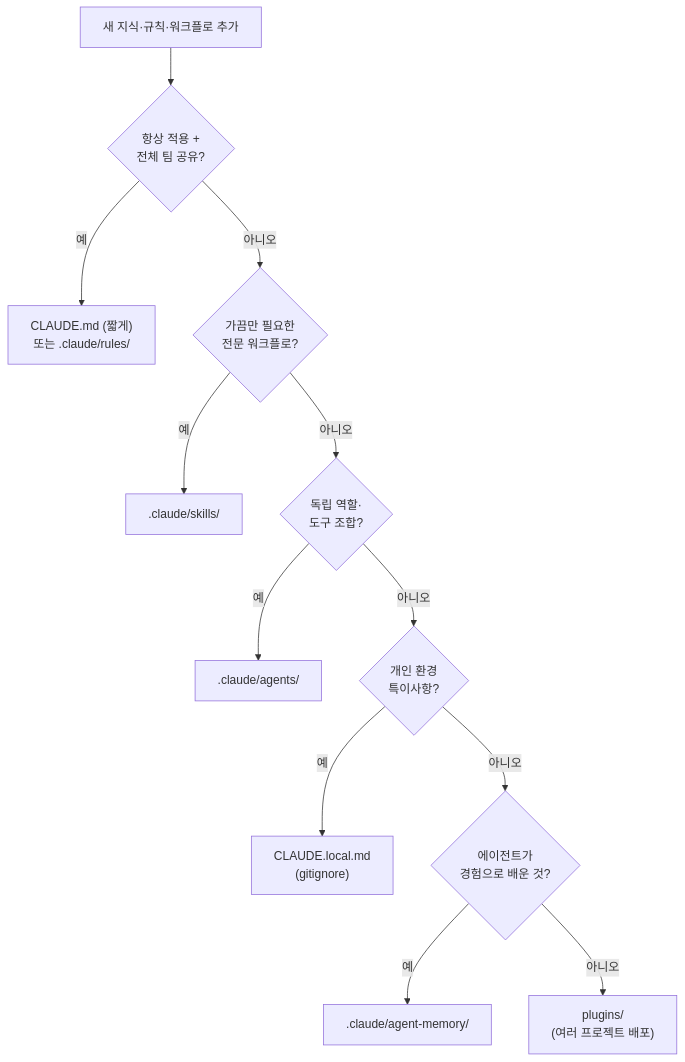
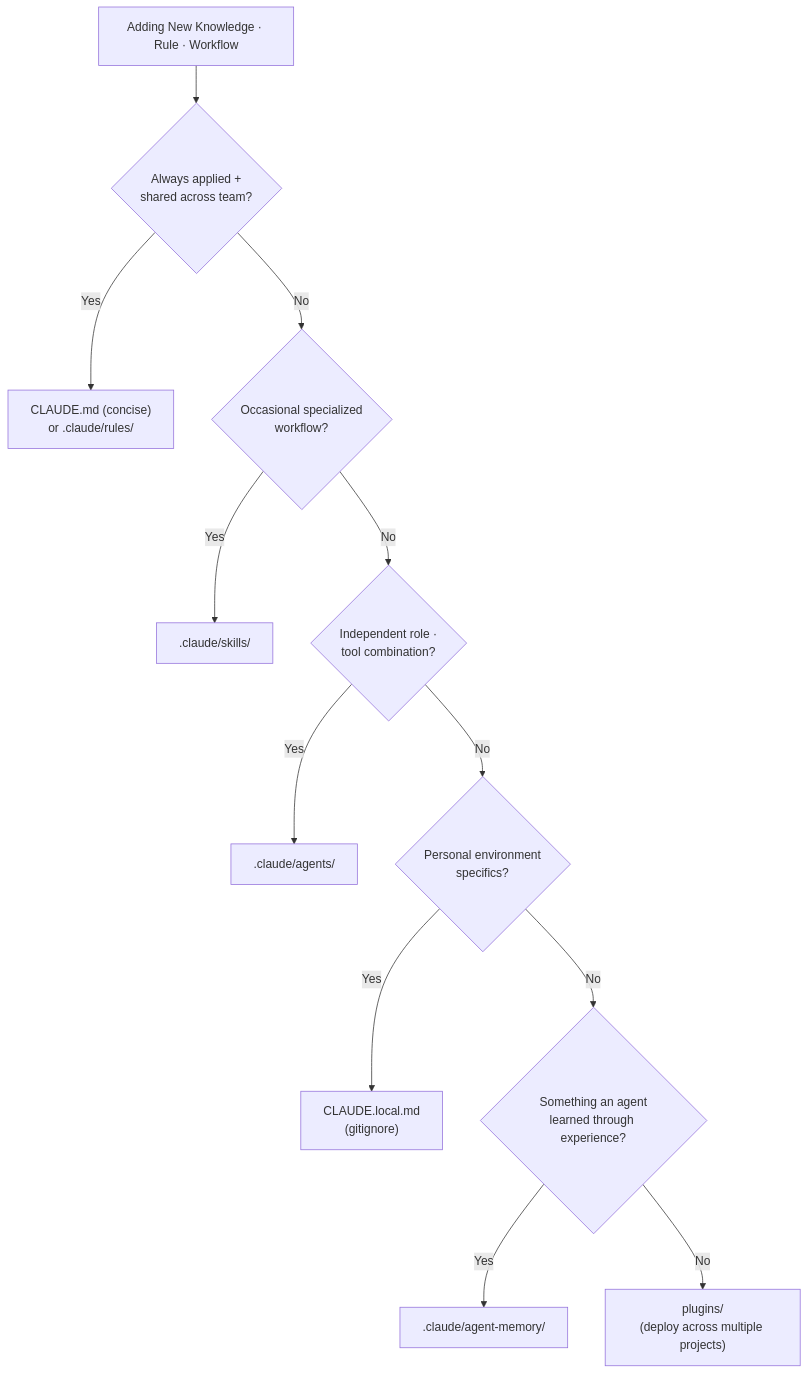
The second of 2 diagrams in _posts/en/technique/2026-06-27-claude-code-project-anatomy-complete-map.md (ThakiCloud/thakicloud.github.io), drawn with Mermaid before and after one commit. The commit also changed other lines of this file and 21 other files, not shown here.

First line of the commit message:
fix(blog): translate mermaid labels to post language (en/ar)

````diff
--- a/_posts/en/technique/2026-06-27-claude-code-project-anatomy-complete-map.md
+++ b/_posts/en/technique/2026-06-27-claude-code-project-anatomy-complete-map.md
@@ -81,15 +81,15 @@
 ```mermaid
 flowchart TB
-    START["새 지식·규칙·워크플로 추가"]
-    START --> Q1{"항상 적용 +<br/>전체 팀 공유?"}
-    Q1 -->|예| CMD["CLAUDE.md (짧게)<br/>또는 .claude/rules/"]
-    Q1 -->|아니오| Q2{"가끔만 필요한<br/>전문 워크플로?"}
-    Q2 -->|예| SK[".claude/skills/"]
-    Q2 -->|아니오| Q3{"독립 역할·<br/>도구 조합?"}
-    Q3 -->|예| AG[".claude/agents/"]
-    Q3 -->|아니오| Q4{"개인 환경<br/>특이사항?"}
-    Q4 -->|예| LO["CLAUDE.local.md<br/>(gitignore)"]
-    Q4 -->|아니오| Q5{"에이전트가<br/>경험으로 배운 것?"}
-    Q5 -->|예| ME[".claude/agent-memory/"]
-    Q5 -->|아니오| PL["plugins/<br/>(여러 프로젝트 배포)"]
+    START["Adding New Knowledge · Rule · Workflow"]
+    START --> Q1{"Always applied +<br/>shared across team?"}
+    Q1 -->|Yes| CMD["CLAUDE.md (concise)<br/>or .claude/rules/"]
+    Q1 -->|No| Q2{"Occasional specialized<br/>workflow?"}
+    Q2 -->|Yes| SK[".claude/skills/"]
+    Q2 -->|No| Q3{"Independent role ·<br/>tool combination?"}
+    Q3 -->|Yes| AG[".claude/agents/"]
+    Q3 -->|No| Q4{"Personal environment<br/>specifics?"}
+    Q4 -->|Yes| LO["CLAUDE.local.md<br/>(gitignore)"]
+    Q4 -->|No| Q5{"Something an agent<br/>learned through experience?"}
+    Q5 -->|Yes| ME[".claude/agent-memory/"]
+    Q5 -->|No| PL["plugins/<br/>(deploy across multiple projects)"]
 ```
````
